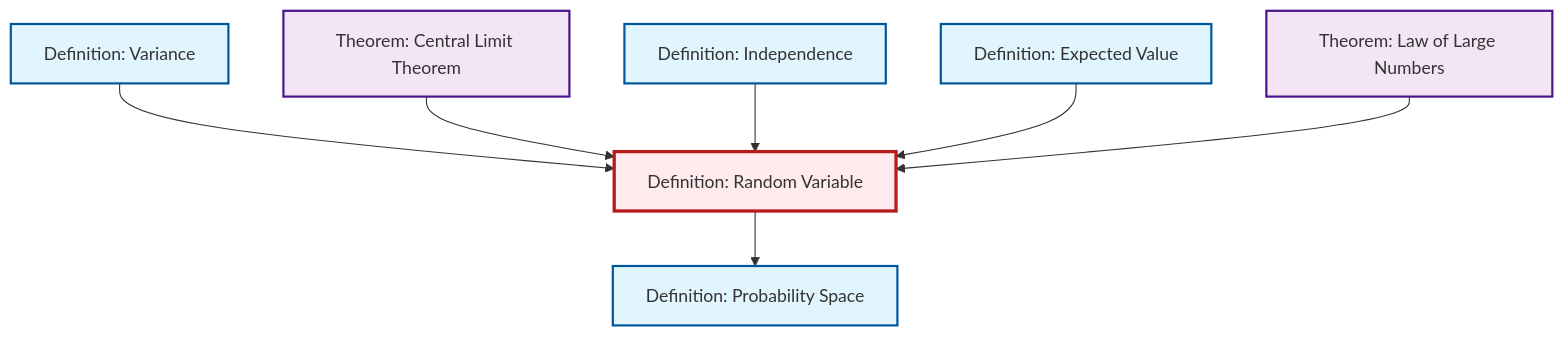
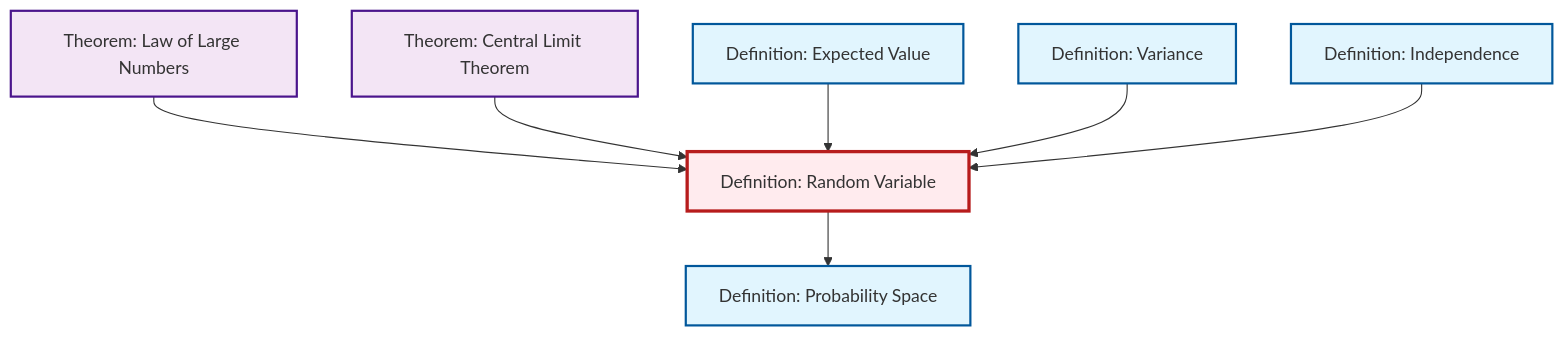
Before and after one commit to RK0429/ModernMath: the diagram in output/mermaid/def-random-variable.mermaid, drawn with Mermaid. The commit also changed other lines of this file and 531 other files, not shown here.

```diff
--- a/output/mermaid/def-random-variable.mermaid
+++ b/output/mermaid/def-random-variable.mermaid
@@ -1,21 +1,21 @@
 %%| fig-cap: "Local dependency graph"
 graph TD
     classDef definition fill:#e1f5fe,stroke:#01579b,stroke-width:2px
     classDef theorem fill:#f3e5f5,stroke:#4a148c,stroke-width:2px
     classDef axiom fill:#fff3e0,stroke:#e65100,stroke-width:2px
     classDef example fill:#e8f5e9,stroke:#1b5e20,stroke-width:2px
     classDef current fill:#ffebee,stroke:#b71c1c,stroke-width:3px
     def-random-variable["Definition: Random Variable"]:::definition
-    def-variance["Definition: Variance"]:::definition
-    thm-central-limit["Theorem: Central Limit Theorem"]:::theorem
     def-expectation["Definition: Expected Value"]:::definition
     thm-law-of-large-numbers["Theorem: Law of Large Numbers"]:::theorem
+    def-probability-space["Definition: Probability Space"]:::definition
     def-independence["Definition: Independence"]:::definition
-    def-probability-space["Definition: Probability Space"]:::definition
+    thm-central-limit["Theorem: Central Limit Theorem"]:::theorem
+    def-variance["Definition: Variance"]:::definition
+    thm-law-of-large-numbers --> def-random-variable
+    thm-central-limit --> def-random-variable
+    def-random-variable --> def-probability-space
+    def-expectation --> def-random-variable
     def-variance --> def-random-variable
-    thm-central-limit --> def-random-variable
     def-independence --> def-random-variable
-    def-expectation --> def-random-variable
-    def-random-variable --> def-probability-space
-    thm-law-of-large-numbers --> def-random-variable
     class def-random-variable current
```
